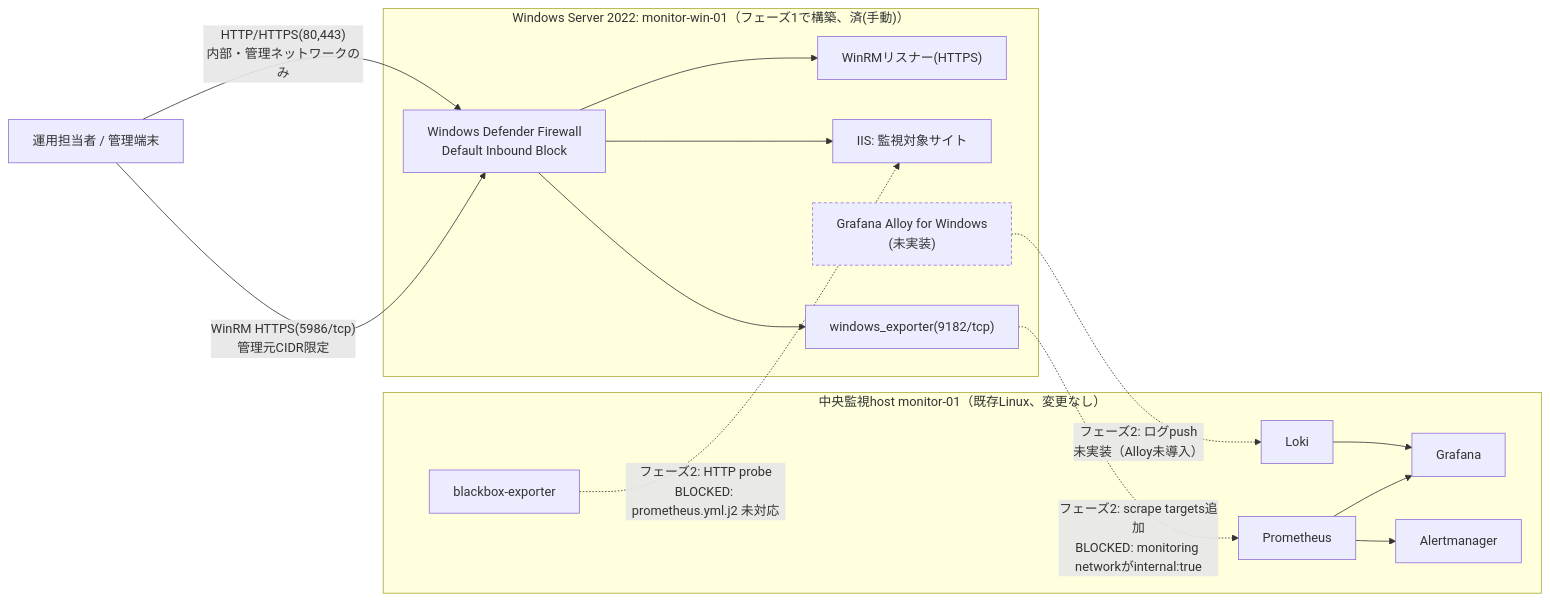
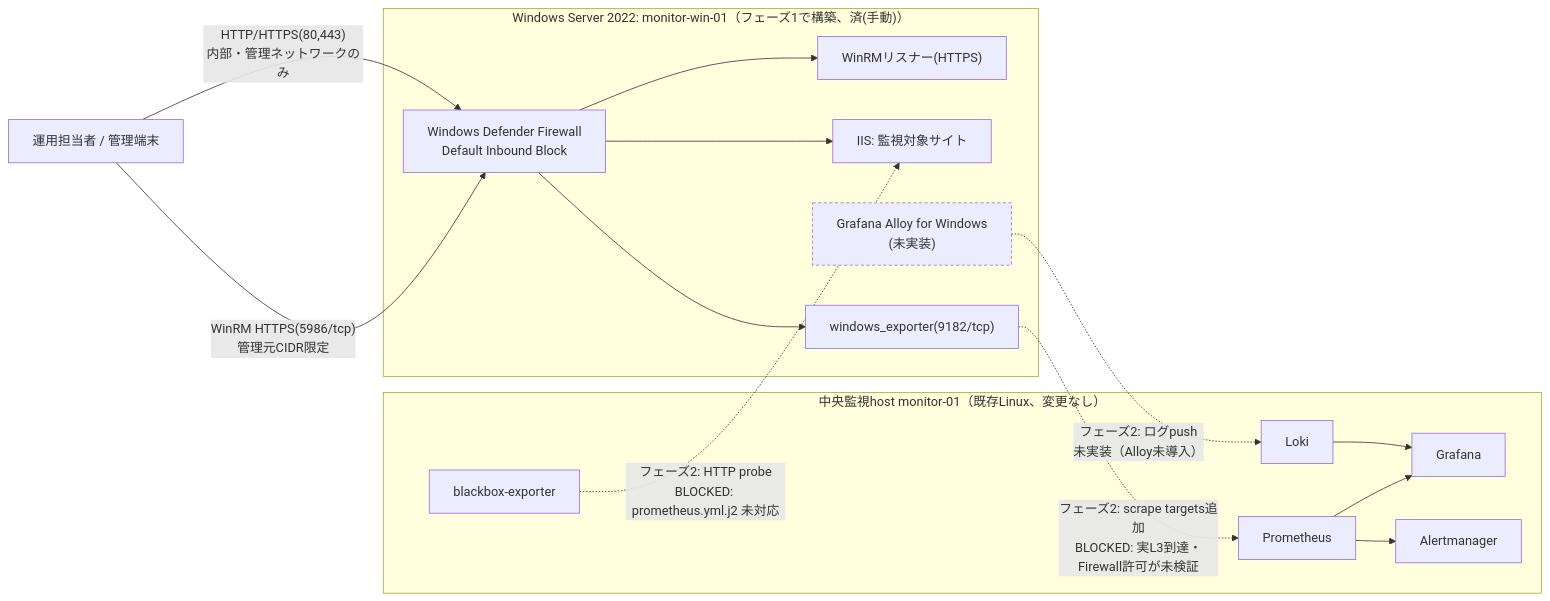
One commit to ns7jp/server changed the diagram in docs/build-package-windows/01-basic-design.md. Above: the diagram before and after it, drawn with Mermaid. The commit also changed other lines of this file and 35 other files, not shown here.

````diff
--- a/docs/build-package-windows/01-basic-design.md
+++ b/docs/build-package-windows/01-basic-design.md
@@ -54,34 +54,34 @@
 ```mermaid
 flowchart LR
     Admin["運用担当者 / 管理端末"] -->|"WinRM HTTPS(5986/tcp)\n管理元CIDR限定"| FW
     Admin -->|"HTTP/HTTPS(80,443)\n内部・管理ネットワークのみ"| FW
 
     subgraph WinHost["Windows Server 2022: monitor-win-01（フェーズ1で構築、済(手動)）"]
         FW["Windows Defender Firewall\nDefault Inbound Block"]
         WinRM["WinRMリスナー(HTTPS)"]
         IIS["IIS: 監視対象サイト"]
         WinExp["windows_exporter(9182/tcp)"]
         Alloy["Grafana Alloy for Windows\n(未実装)"]
         FW --> WinRM
         FW --> IIS
         FW --> WinExp
     end
 
     subgraph Central["中央監視host monitor-01（既存Linux、変更なし）"]
         Prom["Prometheus"]
         BB["blackbox-exporter"]
         Graf["Grafana"]
         AM["Alertmanager"]
         Loki["Loki"]
         Prom --> Graf
         Prom --> AM
         Loki --> Graf
     end
 
-    WinExp -.->|"フェーズ2: scrape targets追加\nBLOCKED: monitoring networkがinternal:true"| Prom
+    WinExp -.->|"フェーズ2: scrape targets追加\nBLOCKED: 実L3到達・Firewall許可が未検証"| Prom
     BB -.->|"フェーズ2: HTTP probe\nBLOCKED: prometheus.yml.j2 未対応"| IIS
     Alloy -.->|"フェーズ2: ログpush\n未実装（Alloy未導入）"| Loki
 
     classDef future stroke-dasharray: 4 3;
     class Alloy future;
 ```
````
